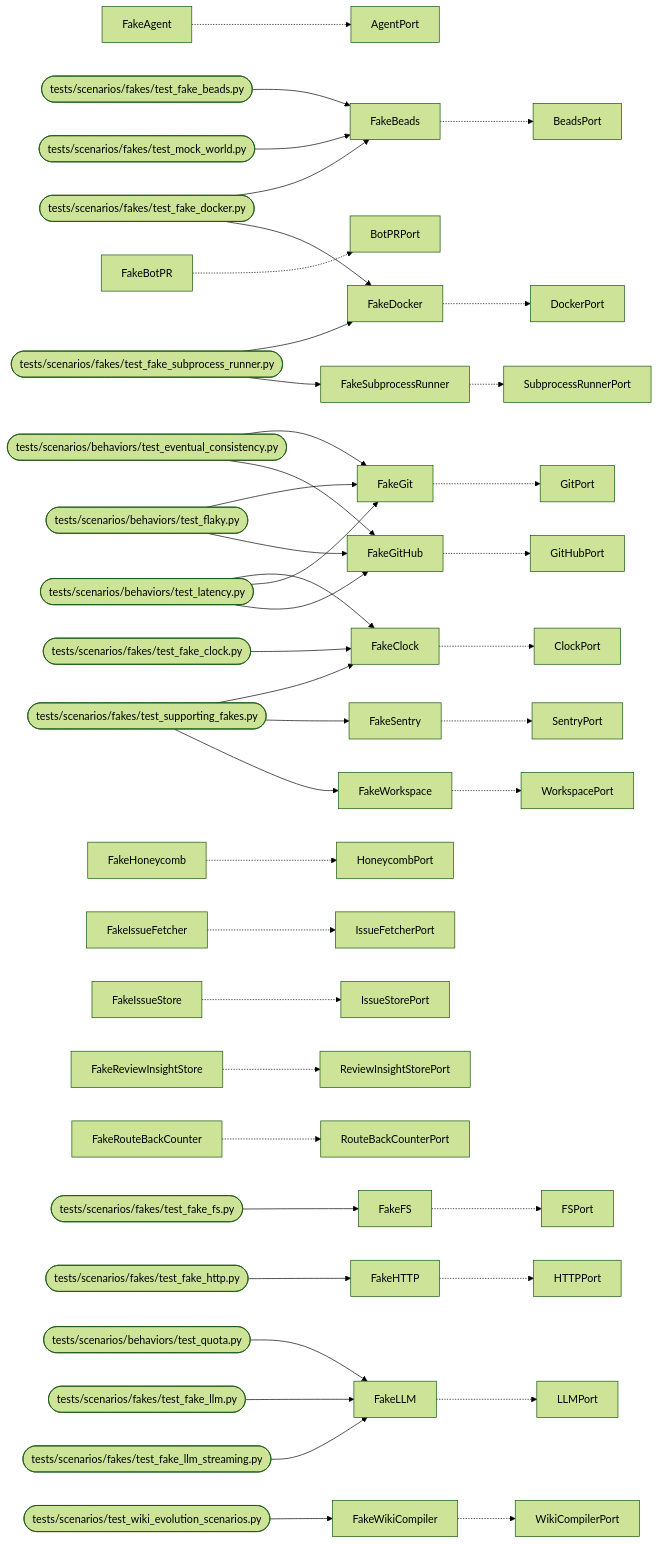
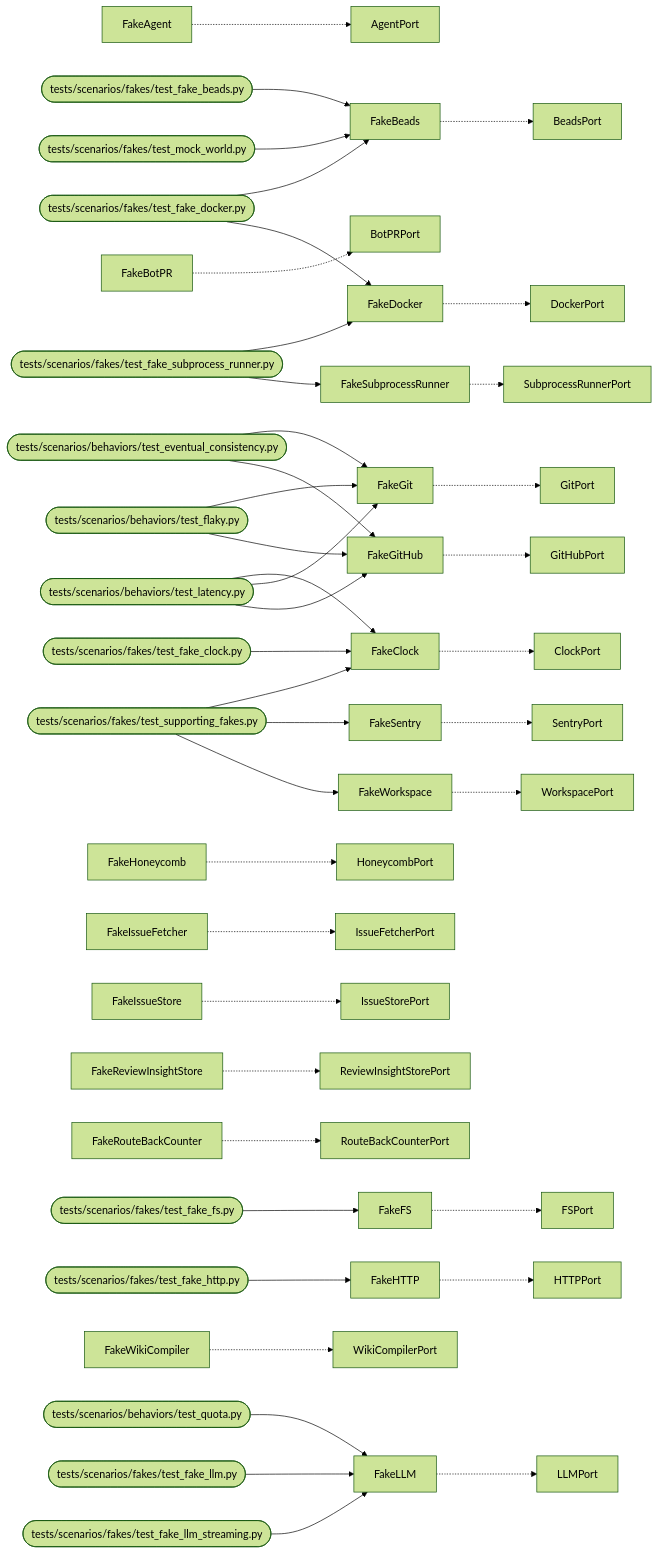
Before and after one commit to T-rav/hydraflow: the diagram in docs/arch/generated/mockworld.md, drawn with Mermaid (forest theme). The commit also changed other lines of this file and 21 other files, not shown here.

````diff
--- a/docs/arch/generated/mockworld.md
+++ b/docs/arch/generated/mockworld.md
@@ -33,45 +33,44 @@
 ```mermaid
 graph LR
     FakeAgent -.-> AgentPort
     FakeBeads -.-> BeadsPort
     tests_scenarios_fakes_test_fake_beads_py([tests/scenarios/fakes/test_fake_beads.py]) --> FakeBeads
     tests_scenarios_fakes_test_fake_docker_py([tests/scenarios/fakes/test_fake_docker.py]) --> FakeBeads
     tests_scenarios_fakes_test_mock_world_py([tests/scenarios/fakes/test_mock_world.py]) --> FakeBeads
     FakeBotPR -.-> BotPRPort
     FakeClock -.-> ClockPort
     tests_scenarios_behaviors_test_latency_py([tests/scenarios/behaviors/test_latency.py]) --> FakeClock
     tests_scenarios_fakes_test_fake_clock_py([tests/scenarios/fakes/test_fake_clock.py]) --> FakeClock
     tests_scenarios_fakes_test_supporting_fakes_py([tests/scenarios/fakes/test_supporting_fakes.py]) --> FakeClock
     FakeDocker -.-> DockerPort
     tests_scenarios_fakes_test_fake_docker_py([tests/scenarios/fakes/test_fake_docker.py]) --> FakeDocker
     tests_scenarios_fakes_test_fake_subprocess_runner_py([tests/scenarios/fakes/test_fake_subprocess_runner.py]) --> FakeDocker
     FakeFS -.-> FSPort
     tests_scenarios_fakes_test_fake_fs_py([tests/scenarios/fakes/test_fake_fs.py]) --> FakeFS
     FakeGit -.-> GitPort
     tests_scenarios_behaviors_test_eventual_consistency_py([tests/scenarios/behaviors/test_eventual_consistency.py]) --> FakeGit
     tests_scenarios_behaviors_test_flaky_py([tests/scenarios/behaviors/test_flaky.py]) --> FakeGit
     tests_scenarios_behaviors_test_latency_py([tests/scenarios/behaviors/test_latency.py]) --> FakeGit
     FakeGitHub -.-> GitHubPort
     tests_scenarios_behaviors_test_eventual_consistency_py([tests/scenarios/behaviors/test_eventual_consistency.py]) --> FakeGitHub
     tests_scenarios_behaviors_test_flaky_py([tests/scenarios/behaviors/test_flaky.py]) --> FakeGitHub
     tests_scenarios_behaviors_test_latency_py([tests/scenarios/behaviors/test_latency.py]) --> FakeGitHub
     FakeHTTP -.-> HTTPPort
     tests_scenarios_fakes_test_fake_http_py([tests/scenarios/fakes/test_fake_http.py]) --> FakeHTTP
     FakeHoneycomb -.-> HoneycombPort
     FakeIssueFetcher -.-> IssueFetcherPort
     FakeIssueStore -.-> IssueStorePort
     FakeLLM -.-> LLMPort
     tests_scenarios_behaviors_test_quota_py([tests/scenarios/behaviors/test_quota.py]) --> FakeLLM
     tests_scenarios_fakes_test_fake_llm_py([tests/scenarios/fakes/test_fake_llm.py]) --> FakeLLM
     tests_scenarios_fakes_test_fake_llm_streaming_py([tests/scenarios/fakes/test_fake_llm_streaming.py]) --> FakeLLM
     FakeReviewInsightStore -.-> ReviewInsightStorePort
     FakeRouteBackCounter -.-> RouteBackCounterPort
     FakeSentry -.-> SentryPort
     tests_scenarios_fakes_test_supporting_fakes_py([tests/scenarios/fakes/test_supporting_fakes.py]) --> FakeSentry
     FakeSubprocessRunner -.-> SubprocessRunnerPort
     tests_scenarios_fakes_test_fake_subprocess_runner_py([tests/scenarios/fakes/test_fake_subprocess_runner.py]) --> FakeSubprocessRunner
     FakeWikiCompiler -.-> WikiCompilerPort
-    tests_scenarios_test_wiki_evolution_scenarios_py([tests/scenarios/test_wiki_evolution_scenarios.py]) --> FakeWikiCompiler
     FakeWorkspace -.-> WorkspacePort
     tests_scenarios_fakes_test_supporting_fakes_py([tests/scenarios/fakes/test_supporting_fakes.py]) --> FakeWorkspace
 ```
````
